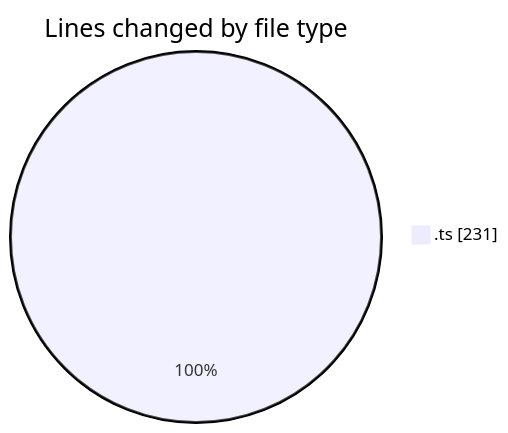
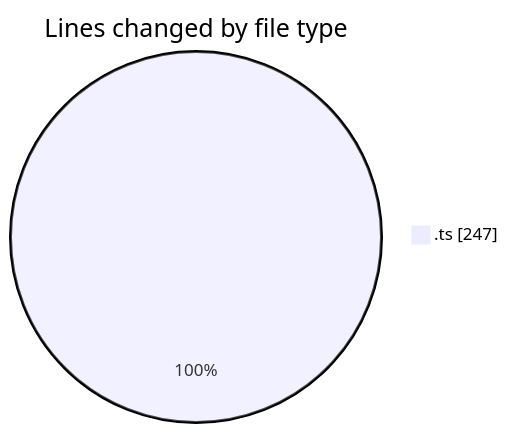
Before and after one commit to momahboobian/code-tracking: the first of 2 diagrams in 2025-01-14/github-activity-tracker/README.md, drawn with Mermaid. The commit also changed other lines of this file and 1 other file, not shown here.

````diff
--- a/2025-01-14/github-activity-tracker/README.md
+++ b/2025-01-14/github-activity-tracker/README.md
@@ -25,5 +25,5 @@
 ```mermaid
 pie showData
 title Lines changed by file type
-".ts" : 231
+".ts" : 247
 ```
````
